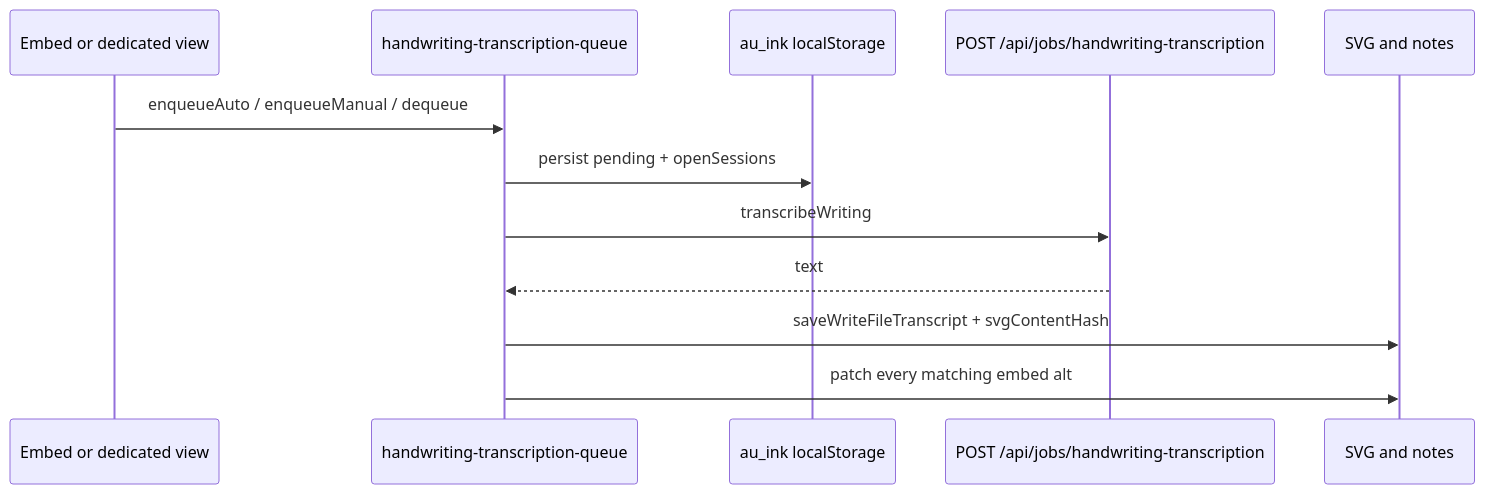
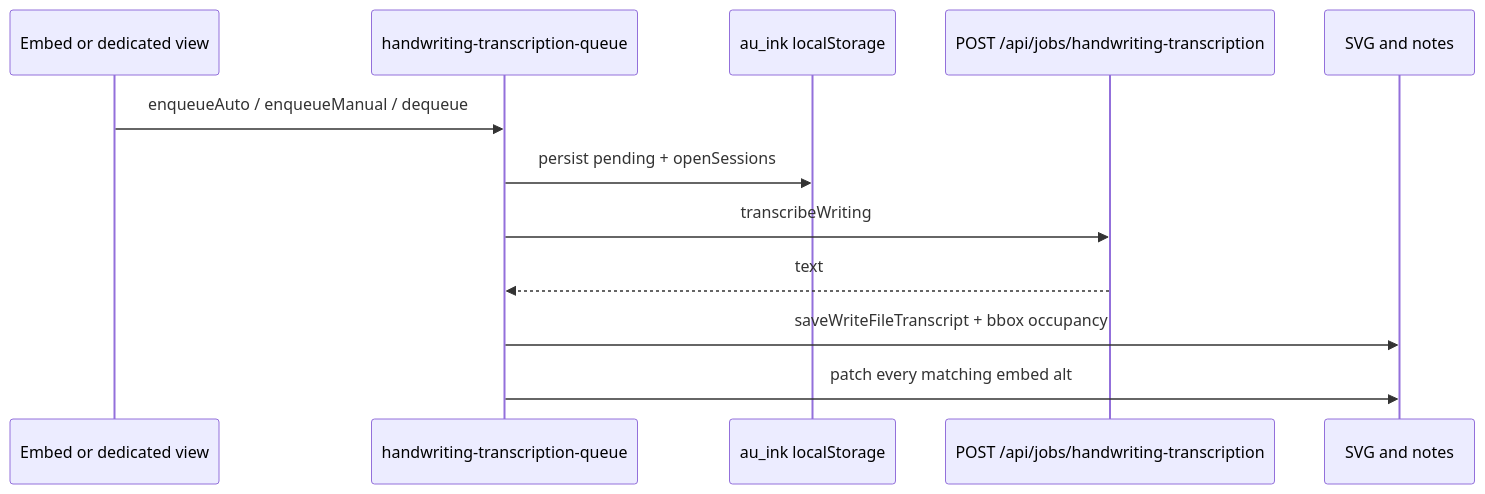
The third of 3 diagrams in docs/writing-transcription.md (daledesilva/obsidian_ink), drawn with Mermaid before and after one commit. The commit also changed other lines of this file and 24 other files, not shown here.

Commit message:
updated: Replaced SimHash Hamming skip with bbox occupancy Jaccard so auto-transcribe tracked how much ink actually changed. Unmounted embed React on markdown tab close so unlocked files queued without an explicit lock.

````diff
--- a/docs/writing-transcription.md
+++ b/docs/writing-transcription.md
@@ -94,15 +127,15 @@
 ```mermaid
 sequenceDiagram
   participant UI as Embed or dedicated view
   participant Q as handwriting-transcription-queue
   participant Store as au_ink localStorage
   participant Portal as POST /api/jobs/handwriting-transcription
   participant Vault as SVG and notes
 
   UI->>Q: enqueueAuto / enqueueManual / dequeue
   Q->>Store: persist pending + openSessions
   Q->>Portal: transcribeWriting
   Portal-->>Q: text
-  Q->>Vault: saveWriteFileTranscript + svgContentHash
+  Q->>Vault: saveWriteFileTranscript + bbox occupancy
   Q->>Vault: patch every matching embed alt
 ```
````
